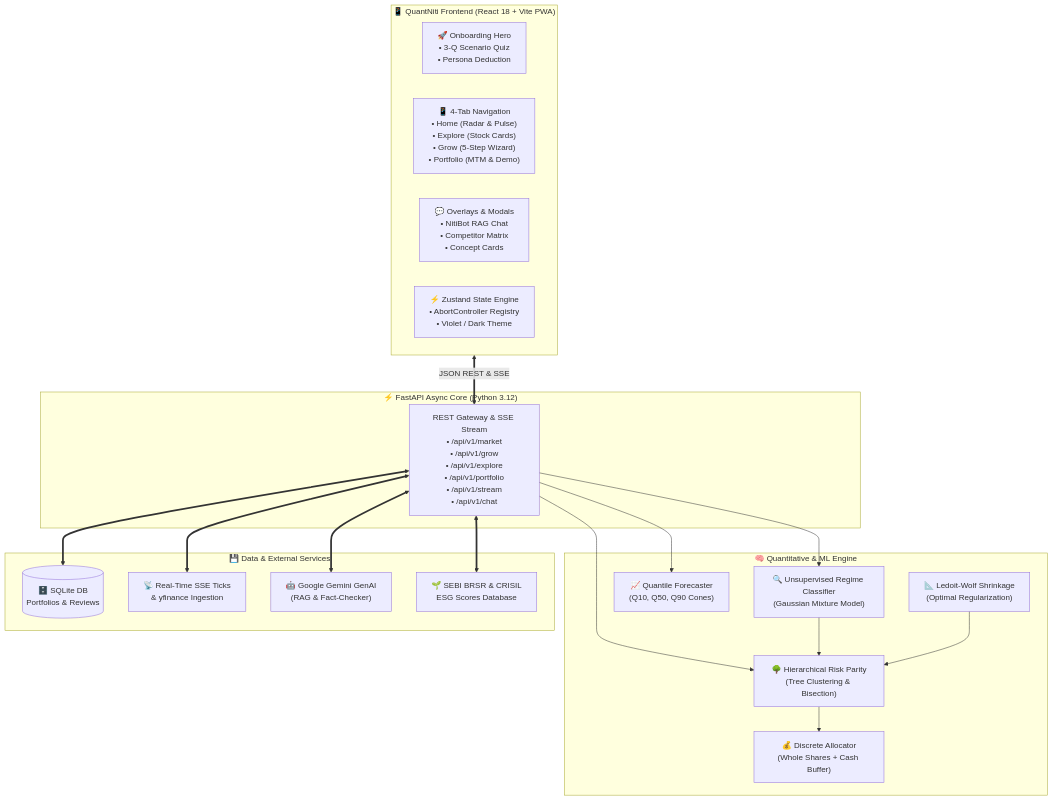
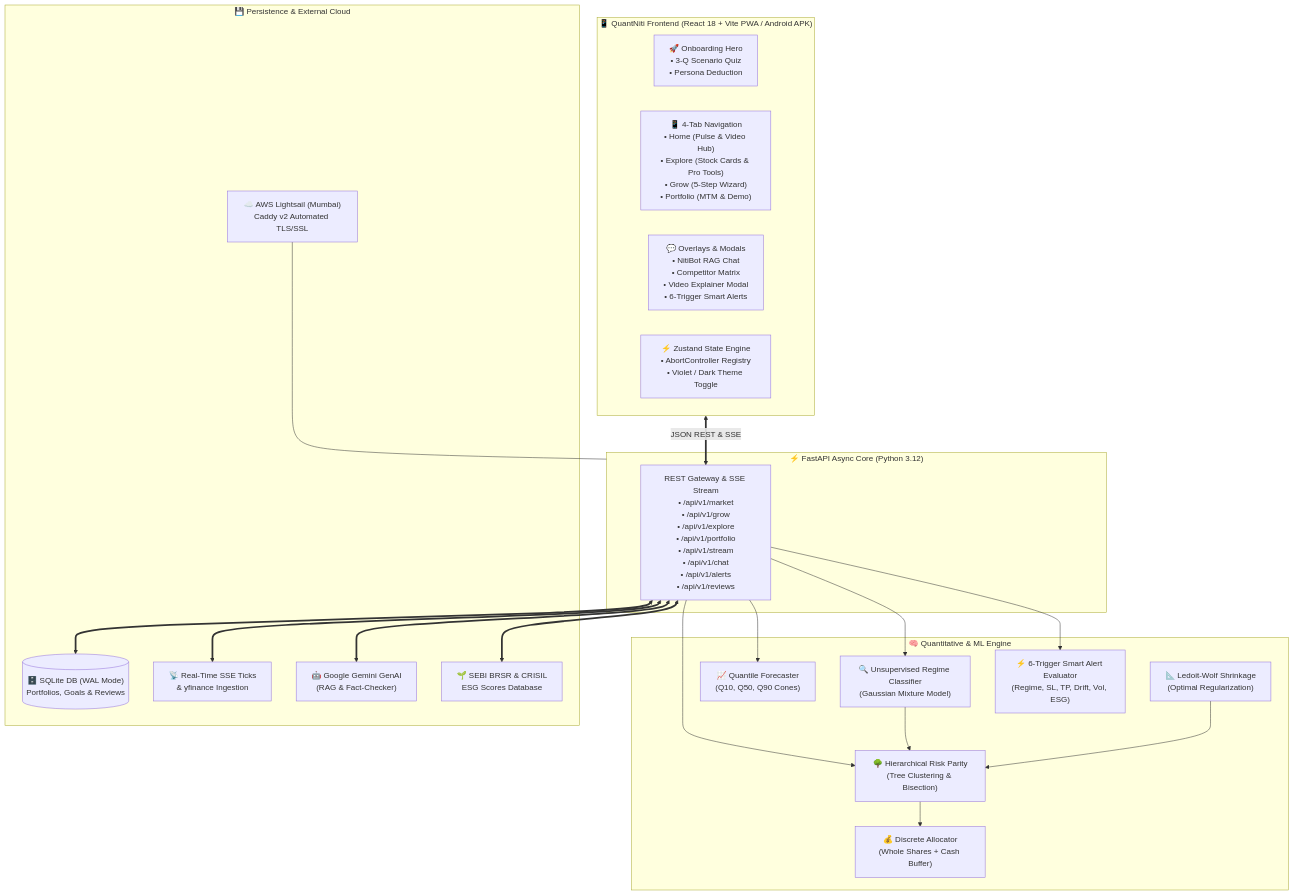
One commit to jayadityadev/QuantNiti changed the diagram in README.md. Above: the diagram before and after it, drawn with Mermaid. The commit also changed other lines of this file and 64 other files, not shown here.

````diff
--- a/README.md
+++ b/README.md
@@ -34,40 +41,44 @@
 ```mermaid
 flowchart TD
-    subgraph Client["📱 QuantNiti Frontend (React 18 + Vite PWA)"]
+    subgraph Client["📱 QuantNiti Frontend (React 18 + Vite PWA / Android APK)"]
         Hero["🚀 Onboarding Hero<br/>• 3-Q Scenario Quiz<br/>• Persona Deduction"]
-        Tabs["📱 4-Tab Navigation<br/>• Home (Radar & Pulse)<br/>• Explore (Stock Cards)<br/>• Grow (5-Step Wizard)<br/>• Portfolio (MTM & Demo)"]
-        Modals["💬 Overlays & Modals<br/>• NitiBot RAG Chat<br/>• Competitor Matrix<br/>• Concept Cards"]
-        Zustand["⚡ Zustand State Engine<br/>• AbortController Registry<br/>• Violet / Dark Theme"]
+        Tabs["📱 4-Tab Navigation<br/>• Home (Pulse & Video Hub)<br/>• Explore (Stock Cards & Pro Tools)<br/>• Grow (5-Step Wizard)<br/>• Portfolio (MTM & Demo)"]
+        Modals["💬 Overlays & Modals<br/>• NitiBot RAG Chat<br/>• Competitor Matrix<br/>• Video Explainer Modal<br/>• 6-Trigger Smart Alerts"]
+        Zustand["⚡ Zustand State Engine<br/>• AbortController Registry<br/>• Violet / Dark Theme Toggle"]
     end
 
     subgraph API["⚡ FastAPI Async Core (Python 3.12)"]
-        Gateway["REST Gateway & SSE Stream<br/>• /api/v1/market<br/>• /api/v1/grow<br/>• /api/v1/explore<br/>• /api/v1/portfolio<br/>• /api/v1/stream<br/>• /api/v1/chat"]
+        Gateway["REST Gateway & SSE Stream<br/>• /api/v1/market<br/>• /api/v1/grow<br/>• /api/v1/explore<br/>• /api/v1/portfolio<br/>• /api/v1/stream<br/>• /api/v1/chat<br/>• /api/v1/alerts<br/>• /api/v1/reviews"]
     end
 
     subgraph ML["🧠 Quantitative & ML Engine"]
         Regime["🔍 Unsupervised Regime Classifier<br/>(Gaussian Mixture Model)"]
         Forecasting["📈 Quantile Forecaster<br/>(Q10, Q50, Q90 Cones)"]
         Covariance["📐 Ledoit-Wolf Shrinkage<br/>(Optimal Regularization)"]
         HRP["🌳 Hierarchical Risk Parity<br/>(Tree Clustering & Bisection)"]
         Allocation["💰 Discrete Allocator<br/>(Whole Shares + Cash Buffer)"]
+        AlertEngine["⚡ 6-Trigger Smart Alert Evaluator<br/>(Regime, SL, TP, Drift, Vol, ESG)"]
     end
 
-    subgraph Data["💾 Data & External Services"]
-        DB[("🗄️ SQLite DB<br/>Portfolios & Reviews")]
+    subgraph Data["💾 Persistence & External Cloud"]
+        DB[("🗄️ SQLite DB (WAL Mode)<br/>Portfolios, Goals & Reviews")]
         MarketFeed["📡 Real-Time SSE Ticks<br/>& yfinance Ingestion"]
         Gemini["🤖 Google Gemini GenAI<br/>(RAG & Fact-Checker)"]
         ESG["🌱 SEBI BRSR & CRISIL<br/>ESG Scores Database"]
+        Cloud["☁️ AWS Lightsail (Mumbai)<br/>Caddy v2 Automated TLS/SSL"]
     end
 
     Client <==>|JSON REST & SSE| Gateway
     Gateway --> Regime
     Gateway --> Forecasting
     Gateway --> HRP
     Regime --> HRP
     Covariance --> HRP
     HRP --> Allocation
+    Gateway --> AlertEngine
     Gateway <==> DB
     Gateway <==> MarketFeed
     Gateway <==> Gemini
     Gateway <==> ESG
+    Cloud --- API
 ```
````
